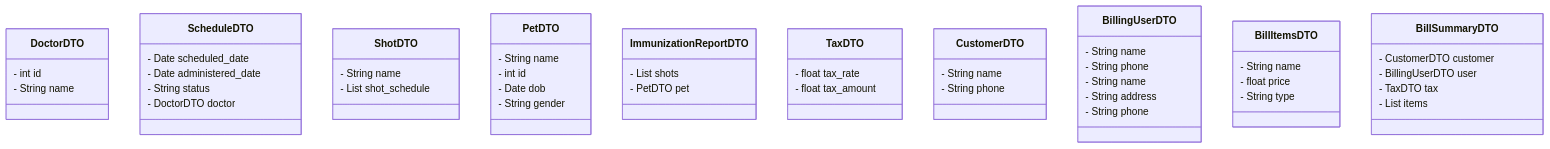
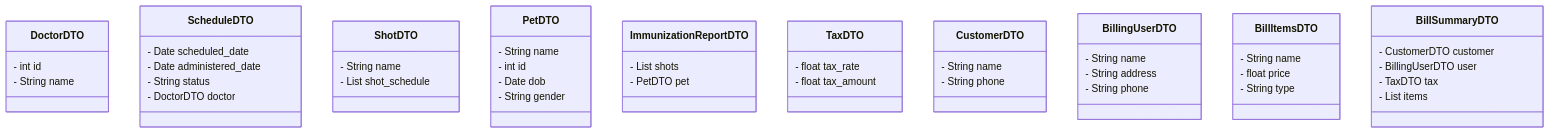
Before and after one commit to glanzz/ImmunET: the third of 3 diagrams in README.md, drawn with Mermaid. The commit also changed other lines of this file, not shown here.

````diff
--- a/README.md
+++ b/README.md
@@ -257,56 +262,52 @@
 ```mermaid
   classDiagram
   class DoctorDTO {
       - int id 
       - String name
     }
     class ScheduleDTO {
       - Date scheduled_date
       - Date administered_date
       - String status 
       - DoctorDTO doctor 
     }
     class ShotDTO {
       - String name
       - List<ScheduleDTO> shot_schedule
     }
 
     class PetDTO {
       - String name
       - int id
       - Date dob
       - String gender
     }
     class ImmunizationReportDTO {
       - List<ShotDTO> shots
       - PetDTO pet
     }
     class TaxDTO {
       - float tax_rate
       - float tax_amount
     }
     class CustomerDTO {
       - String name
       - String phone
     }
     class BillingUserDTO {
       - String name
-      - String phone
-    }
-    class BillingUserDTO {
-      - String name
       - String address
       - String phone
     }
     class BillItemsDTO {
       - String name
       - float price
       - String type
     }
     class BillSummaryDTO {
       - CustomerDTO customer
       - BillingUserDTO user
       - TaxDTO tax
       - List<BillItemsDTO> items
     }
 ```
````
